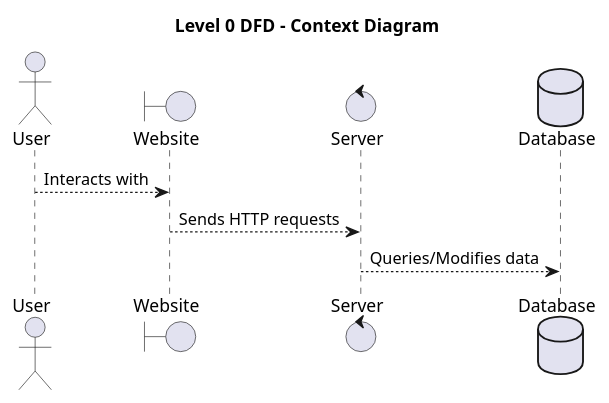
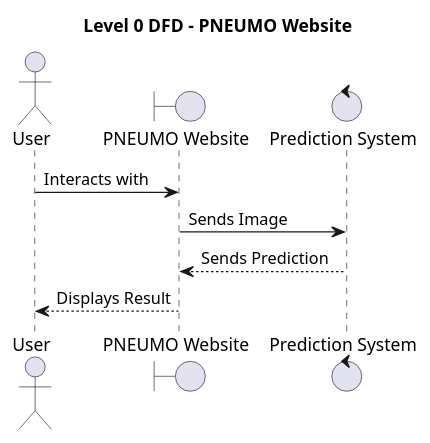
The diagram in dfd0.puml (Abhiram-P-Ashok/Pneumo-tfjs), drawn with PlantUML before and after one commit. The commit also changed 2 other files, not shown here.

```diff
--- a/dfd0.puml
+++ b/dfd0.puml
@@ -1,13 +1,14 @@
 @startuml dfd0
-title Level 0 DFD - Context Diagram
 
-actor User as U
-boundary Website as W
-control Server as S
-database Database as D
+title Level 0 DFD - PNEUMO Website
 
-U --> W : Interacts with
-W --> S : Sends HTTP requests
-S --> D : Queries/Modifies data
+actor User as User
+boundary "PNEUMO Website" as Website
+control "Prediction System" as PredictionSystem
+
+User -> Website : Interacts with
+Website -> PredictionSystem : Sends Image
+PredictionSystem --> Website : Sends Prediction
+Website --> User : Displays Result
 
 @enduml
```
